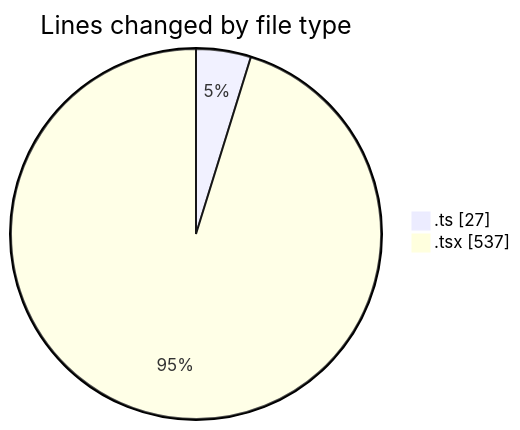
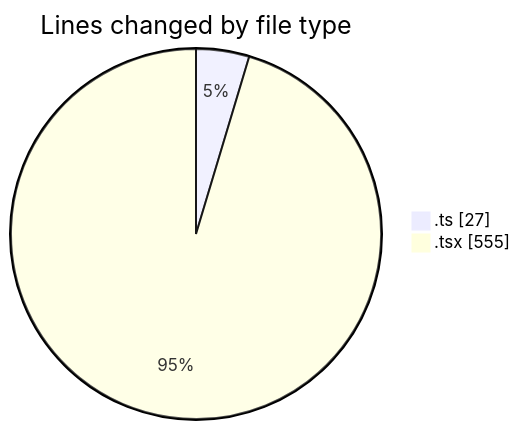
The first of 2 diagrams in 2026-02-16/nxtqube_webapp/README.md (nxtqubesakshisongat/code-tracking), drawn with Mermaid before and after one commit. The commit also changed other lines of this file and 1 other file, not shown here.

````diff
--- a/2026-02-16/nxtqube_webapp/README.md
+++ b/2026-02-16/nxtqube_webapp/README.md
@@ -22,6 +22,6 @@
 ```mermaid
 pie showData
 title Lines changed by file type
 ".ts" : 27
-".tsx" : 537
+".tsx" : 555
 ```
````
